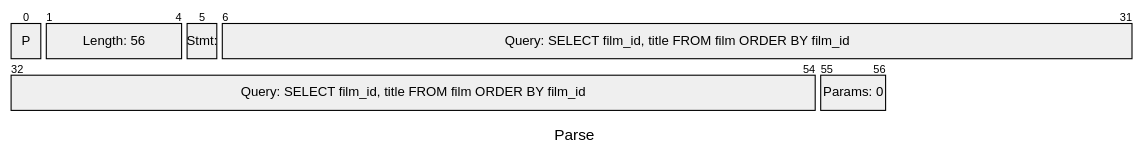
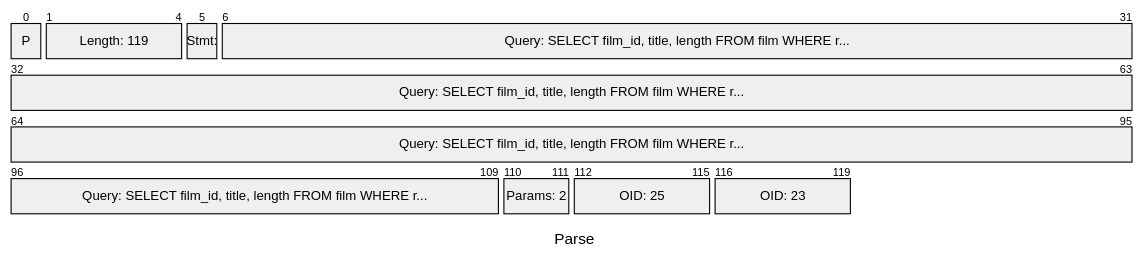
One commit to xfischer/pg_protoexport changed the first of 11 diagrams in docs/examples/exports/pagila-07-execute-with-maxrows-0-portalsuspended/capture.mermaid.pkt.md. Above: the diagram before and after it, drawn with Mermaid. The commit also changed other lines of this file and 135 other files, not shown here.

````diff
--- a/docs/examples/exports/pagila-07-execute-with-maxrows-0-portalsuspended/capture.mermaid.pkt.md
+++ b/docs/examples/exports/pagila-07-execute-with-maxrows-0-portalsuspended/capture.mermaid.pkt.md
@@ -4,14 +4,16 @@
 ```mermaid
 ---
 title: "Parse"
 config:
   packet:
     bitsPerRow: 32
 ---
 packet
     +1: "P"
-    +4: "Length: 56"
+    +4: "Length: 119"
     +1: "Stmt: "
-    +49: "Query: SELECT film_id, title FROM film ORDER BY film_id"
-    +2: "Params: 0"
+    +104: "Query: SELECT film_id, title, length FROM film WHERE r..."
+    +2: "Params: 2"
+    +4: "OID: 25"
+    +4: "OID: 23"
 ```
````
